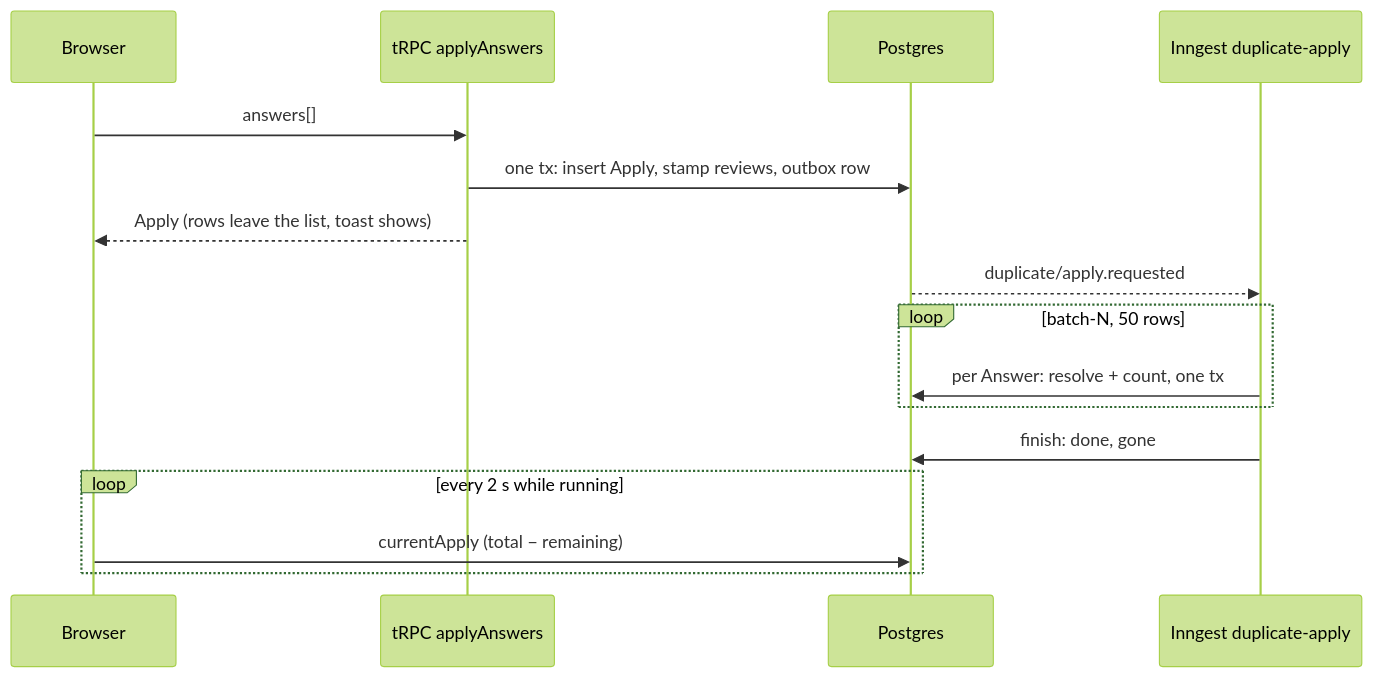
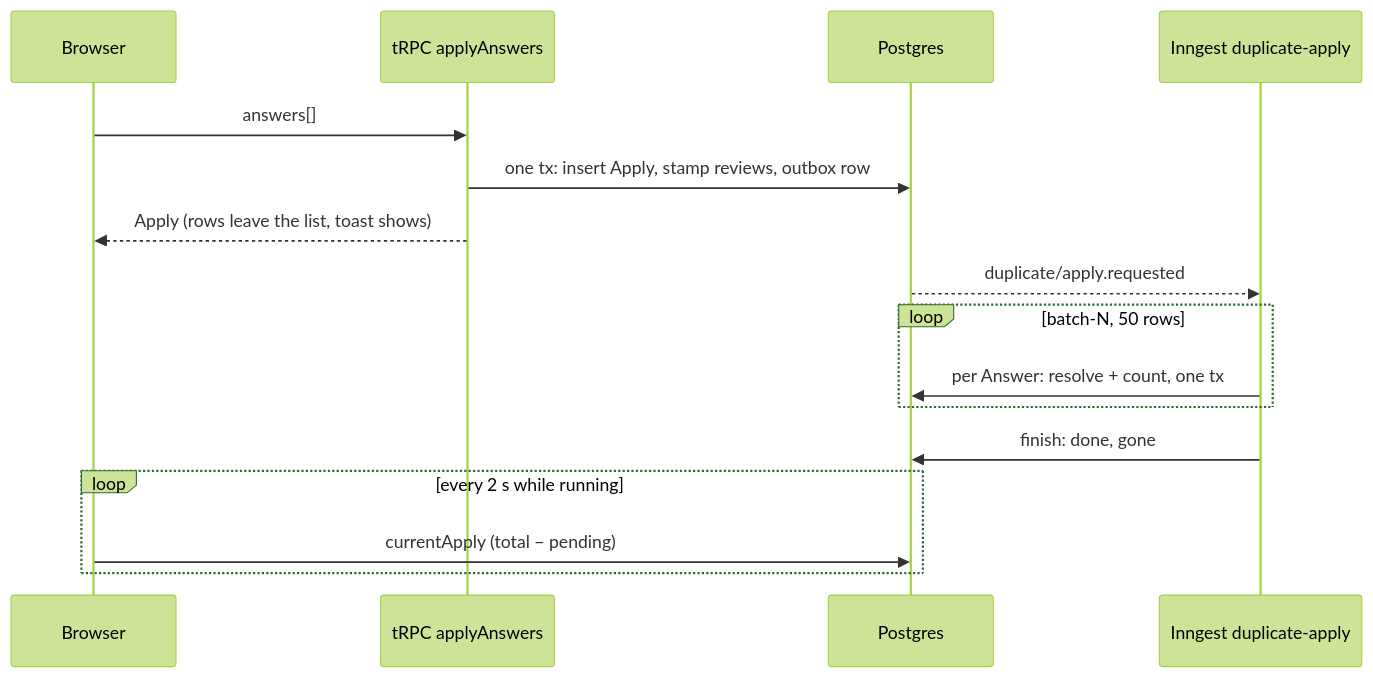
One commit to samjmarshall/personal-finance changed the diagram in docs/adr/adr032-apply-answers-as-a-background-job-stamped-on-the-review-row.md. Above: the diagram before and after it, drawn with Mermaid (forest theme). The commit also changed other lines of this file and 8 other files, not shown here.

````diff
--- a/docs/adr/adr032-apply-answers-as-a-background-job-stamped-on-the-review-row.md
+++ b/docs/adr/adr032-apply-answers-as-a-background-job-stamped-on-the-review-row.md
@@ -87,18 +87,18 @@
 ```mermaid
 sequenceDiagram
     participant B as Browser
     participant T as tRPC applyAnswers
     participant DB as Postgres
     participant I as Inngest duplicate-apply
     B->>T: answers[]
     T->>DB: one tx: insert Apply, stamp reviews, outbox row
     T-->>B: Apply (rows leave the list, toast shows)
     DB-->>I: duplicate/apply.requested
     loop batch-N, 50 rows
         I->>DB: per Answer: resolve + count, one tx
     end
     I->>DB: finish: done, gone
     loop every 2 s while running
-        B->>DB: currentApply (total − remaining)
+        B->>DB: currentApply (total − pending)
     end
 ```
````
